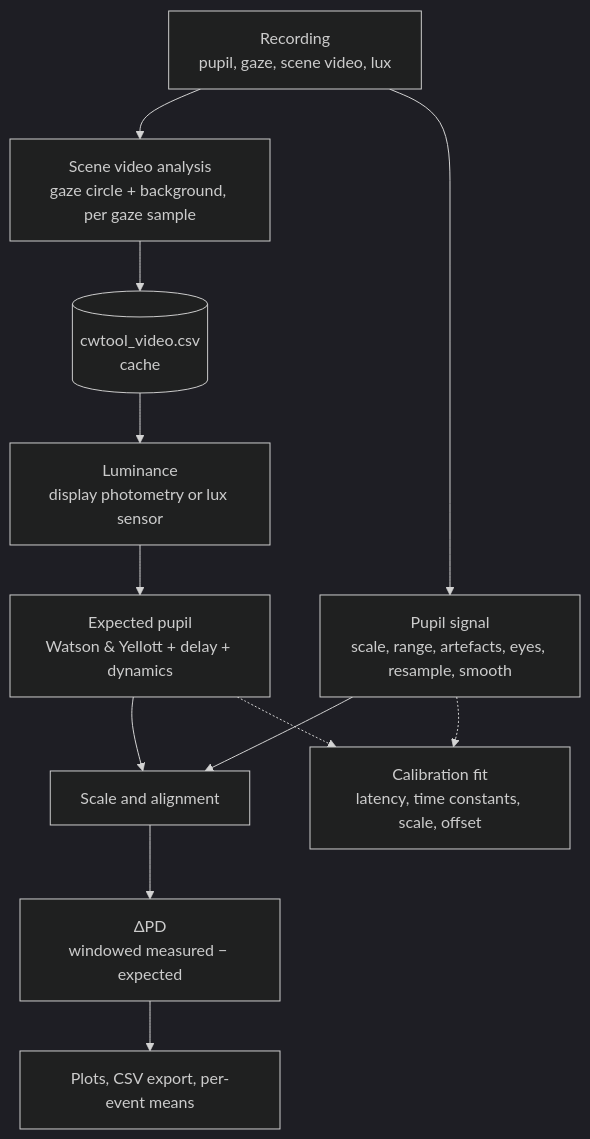
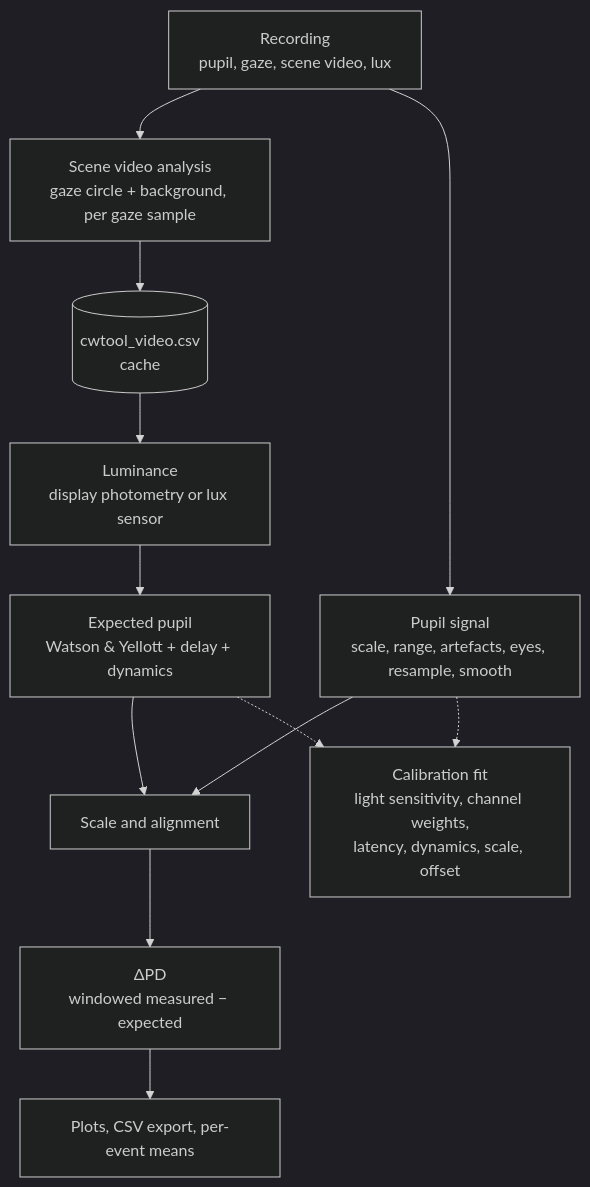
One commit to pignoniG/cognitive_analysis_tool changed the diagram in docs/processing/overview.md. Above: the diagram before and after it, drawn with Mermaid (dark theme). The commit also changed other lines of this file and 32 other files, not shown here.

````diff
--- a/docs/processing/overview.md
+++ b/docs/processing/overview.md
@@ -3,14 +3,14 @@
 ```mermaid
 flowchart TD
     REC[Recording<br/>pupil, gaze, scene video, lux] --> VID[Scene video analysis<br/>gaze circle + background, per gaze sample]
     VID --> CACHE[(cwtool_video.csv<br/>cache)]
     CACHE --> LUM[Luminance<br/>display photometry or lux sensor]
     REC --> PUP[Pupil signal<br/>scale, range, artefacts, eyes, resample, smooth]
     LUM --> MOD[Expected pupil<br/>Watson & Yellott + delay + dynamics]
     PUP --> ALN[Scale and alignment]
     MOD --> ALN
     ALN --> DPD[ΔPD<br/>windowed measured − expected]
     DPD --> OUT[Plots, CSV export, per-event means]
-    MOD -.-> FIT[Calibration fit<br/>latency, time constants, scale, offset]
+    MOD -.-> FIT[Calibration fit<br/>light sensitivity, channel weights,<br/>latency, dynamics, scale, offset]
     PUP -.-> FIT
 ```
````
